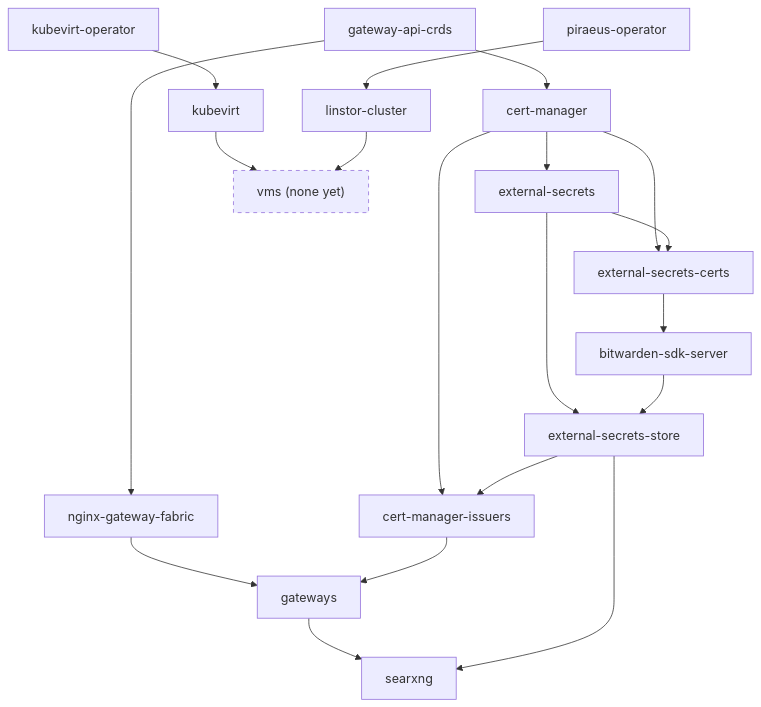
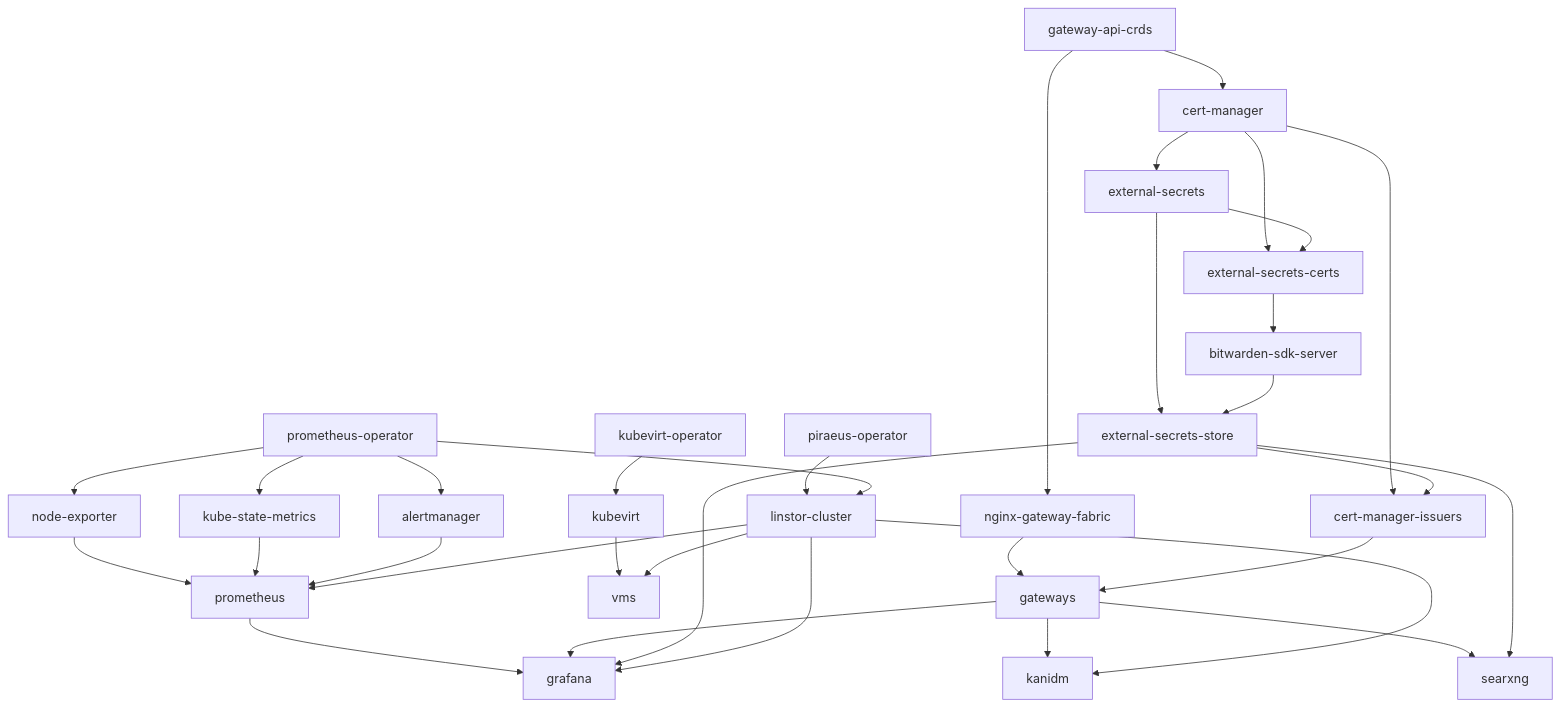
Before and after one commit to martinxtinto/k8s-flux: the diagram in README.md, drawn with Mermaid. The commit also changed other lines of this file and 9 other files, not shown here.

````diff
--- a/README.md
+++ b/README.md
@@ -39,23 +30,35 @@
 ```mermaid
 flowchart TD
   gateway-api-crds --> cert-manager
   gateway-api-crds --> nginx-gateway-fabric
   cert-manager --> external-secrets
   cert-manager --> external-secrets-certs
   external-secrets --> external-secrets-certs
   external-secrets --> external-secrets-store
   external-secrets-certs --> bitwarden-sdk-server
   bitwarden-sdk-server --> external-secrets-store
   cert-manager --> cert-manager-issuers
   external-secrets-store --> cert-manager-issuers
   nginx-gateway-fabric --> gateways
   cert-manager-issuers --> gateways
   piraeus-operator --> linstor-cluster
+  prometheus-operator --> linstor-cluster
   kubevirt-operator --> kubevirt
   gateways --> searxng
   external-secrets-store --> searxng
+  gateways --> kanidm
+  linstor-cluster --> kanidm
   kubevirt --> vms
   linstor-cluster --> vms
-  vms["vms (none yet)"]:::placeholder
-  classDef placeholder stroke-dasharray: 5 5
+  prometheus-operator --> node-exporter
+  prometheus-operator --> kube-state-metrics
+  prometheus-operator --> alertmanager
+  node-exporter --> prometheus
+  kube-state-metrics --> prometheus
+  alertmanager --> prometheus
+  linstor-cluster --> prometheus
+  prometheus --> grafana
+  gateways --> grafana
+  external-secrets-store --> grafana
+  linstor-cluster --> grafana
 ```
````
